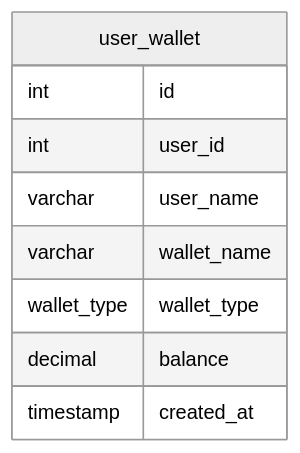
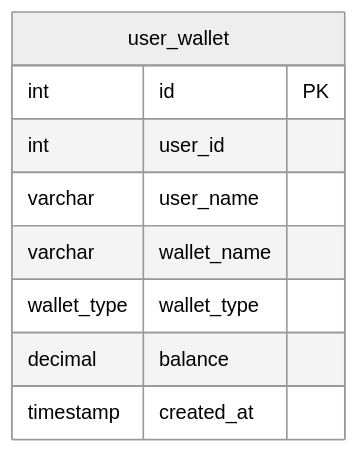
The diagram in README.md (KKGo-Software-engineering/fun-exercise-api), drawn with Mermaid (neutral theme) before and after one commit. The commit also changed other lines of this file, not shown here.

Commit message:
Revise mermaid vistualize

````diff
--- a/README.md
+++ b/README.md
@@ -31,12 +31,12 @@
 ```mermaid
 erDiagram
 	user_wallet {
-		int id
+		int id PK
 		int user_id
 		varchar user_name
 		varchar wallet_name
 		wallet_type wallet_type
 		decimal balance
 		timestamp created_at
     }
 ```
````
